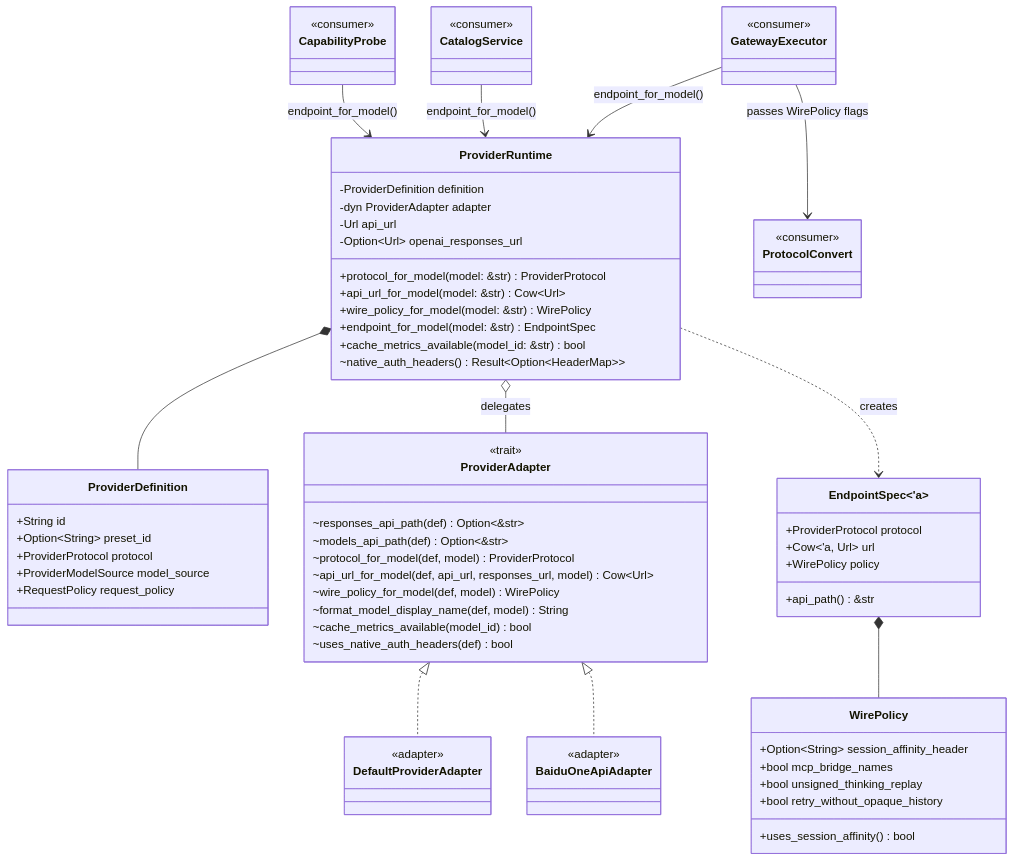
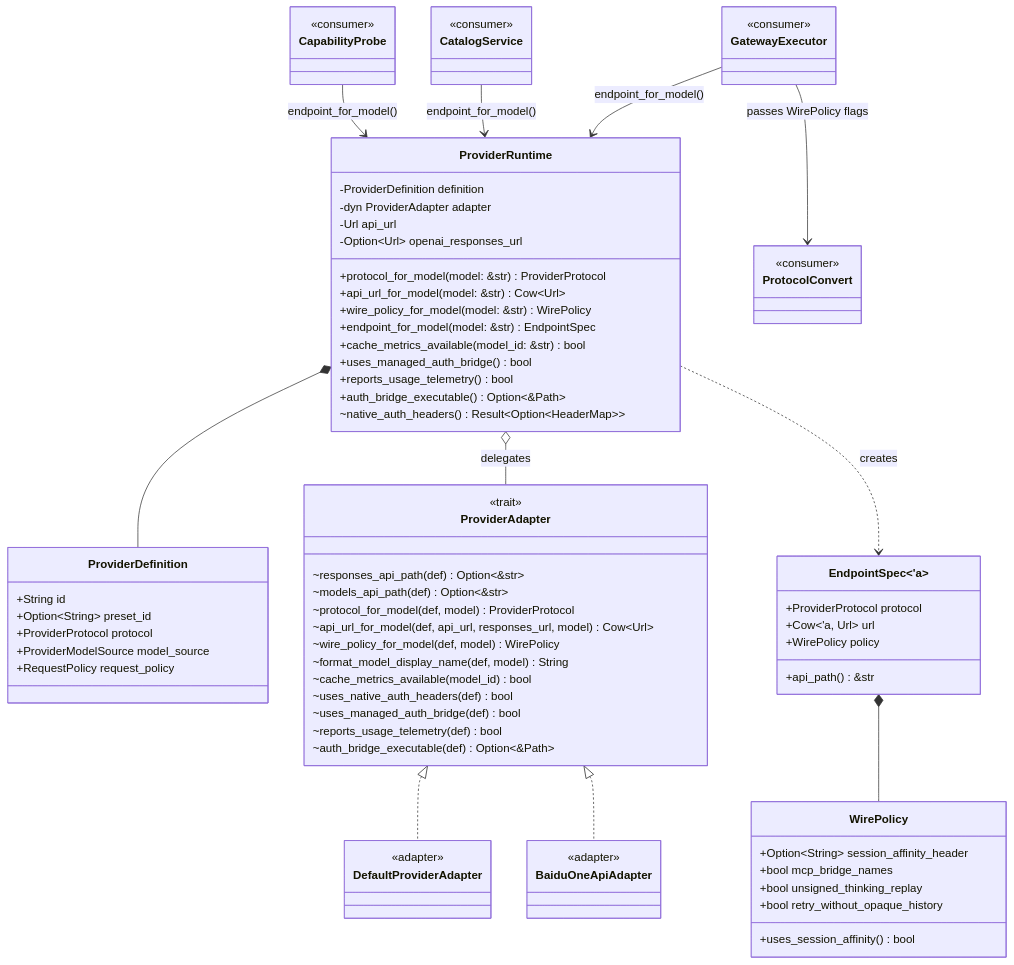
One commit to Edward-lyz/codex-mixin changed the first of 5 diagrams in docs/abstraction-architecture.md. Above: the diagram before and after it, drawn with Mermaid. The commit also changed other lines of this file and 36 other files, not shown here.

```diff
--- a/docs/abstraction-architecture.md
+++ b/docs/abstraction-architecture.md
@@ -46,6 +46,9 @@
         +wire_policy_for_model(model: &str) WirePolicy
         +endpoint_for_model(model: &str) EndpointSpec
         +cache_metrics_available(model_id: &str) bool
+        +uses_managed_auth_bridge() bool
+        +reports_usage_telemetry() bool
+        +auth_bridge_executable() Option~&Path~
         ~native_auth_headers() Result~Option~HeaderMap~~
     }
 
@@ -59,6 +62,9 @@
         ~format_model_display_name(def, model) String
         ~cache_metrics_available(model_id) bool
         ~uses_native_auth_headers(def) bool
+        ~uses_managed_auth_bridge(def) bool
+        ~reports_usage_telemetry(def) bool
+        ~auth_bridge_executable(def) Option~&Path~
     }
 
     class DefaultProviderAdapter {
```
